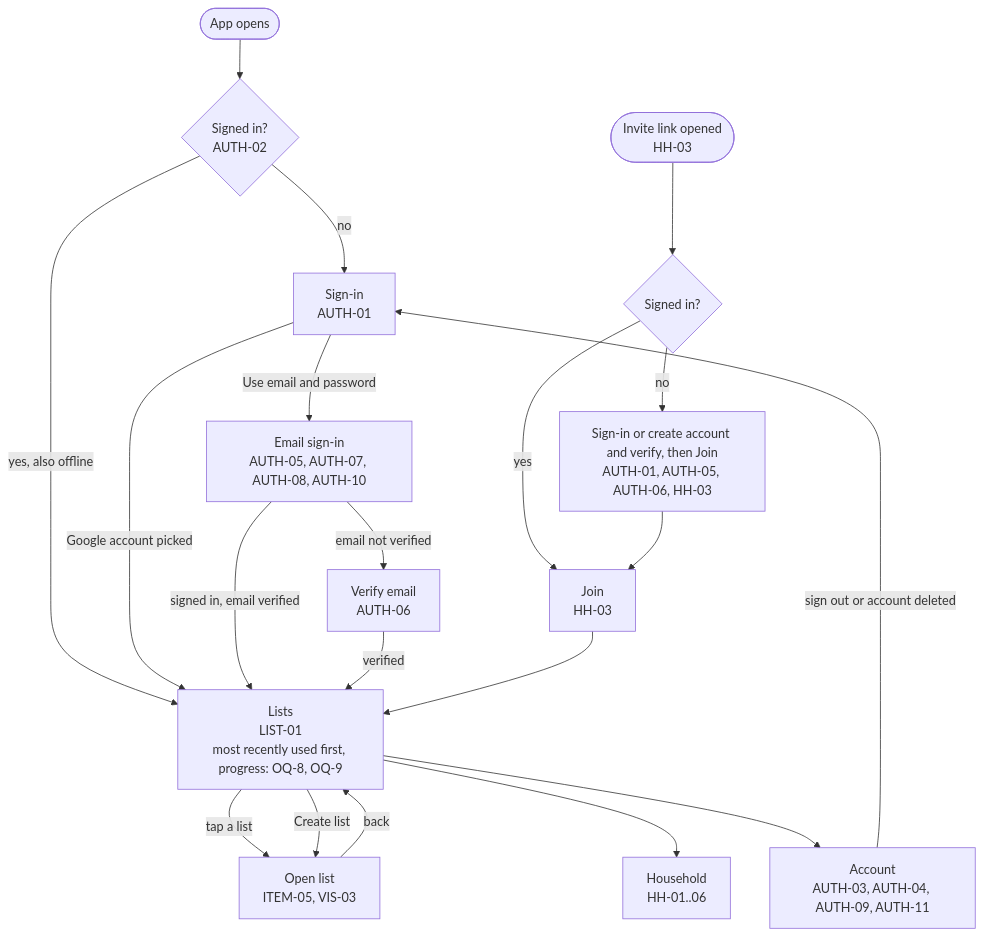
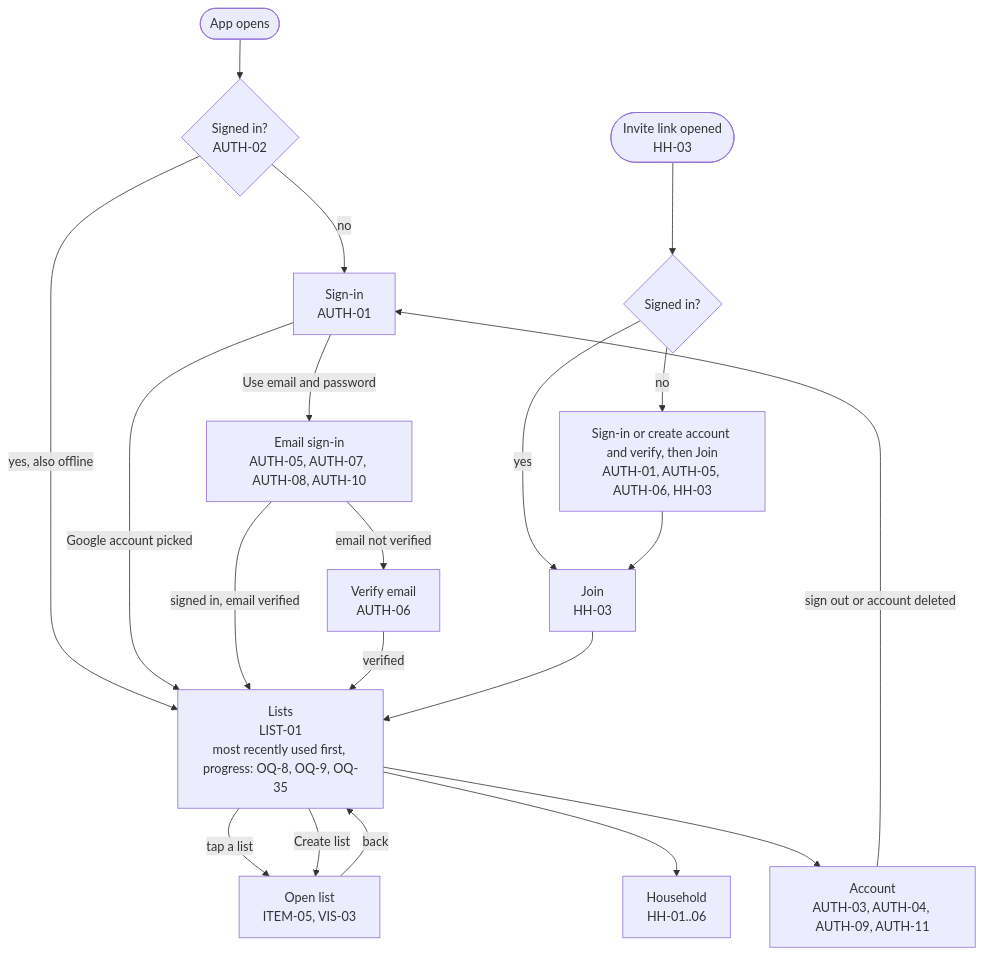
Before and after one commit to bondo/listicles2: the first of 11 diagrams in docs/product/flow.md, drawn with Mermaid. The commit also changed other lines of this file and 1 other file, not shown here.

````diff
--- a/docs/product/flow.md
+++ b/docs/product/flow.md
@@ -29,22 +29,22 @@
 ```mermaid
 flowchart TD
     start(["App opens"]) --> signed{"Signed in?<br>AUTH-02"}
     signed -- "no" --> signin["Sign-in<br>AUTH-01"]
-    signed -- "yes, also offline" --> lists["Lists<br>LIST-01<br>most recently used first, progress: OQ-8, OQ-9"]
+    signed -- "yes, also offline" --> lists["Lists<br>LIST-01<br>most recently used first, progress: OQ-8, OQ-9, OQ-35"]
     signin -- "Google account picked" --> lists
     signin -- "Use email and password" --> email["Email sign-in<br>AUTH-05, AUTH-07, AUTH-08, AUTH-10"]
     email -- "signed in, email verified" --> lists
     email -- "email not verified" --> verify["Verify email<br>AUTH-06"]
     verify -- "verified" --> lists
     link(["Invite link opened<br>HH-03"]) --> signed2{"Signed in?"}
     signed2 -- "no" --> signin2["Sign-in or create account and verify, then Join<br>AUTH-01, AUTH-05, AUTH-06, HH-03"]
     signed2 -- "yes" --> join["Join<br>HH-03"]
     signin2 --> join
     join --> lists
     lists -- "tap a list" --> open["Open list<br>ITEM-05, VIS-03"]
     lists -- "Create list" --> open
     lists --> household["Household<br>HH-01..06"]
     lists --> account["Account<br>AUTH-03, AUTH-04, AUTH-09, AUTH-11"]
     open -- "back" --> lists
     account -- "sign out or account deleted" --> signin
 ```
````
